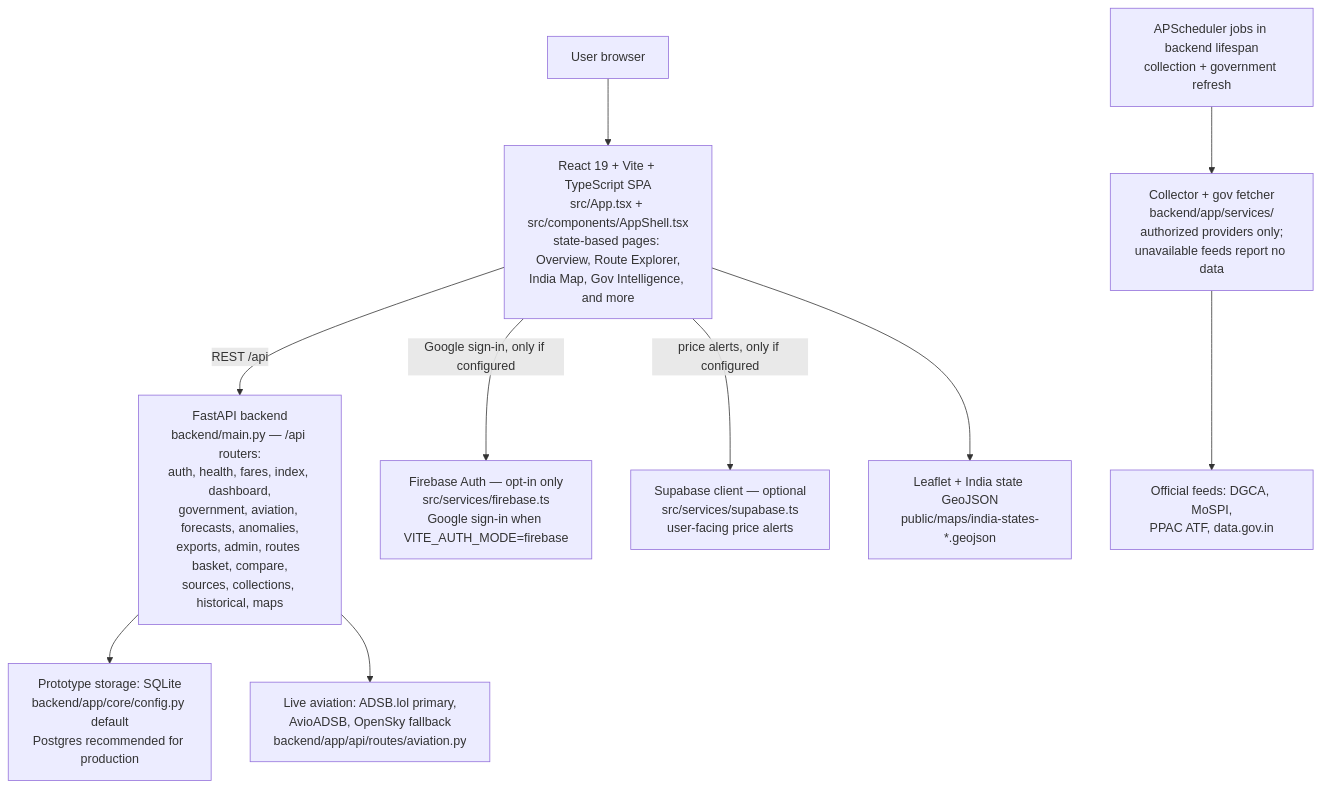
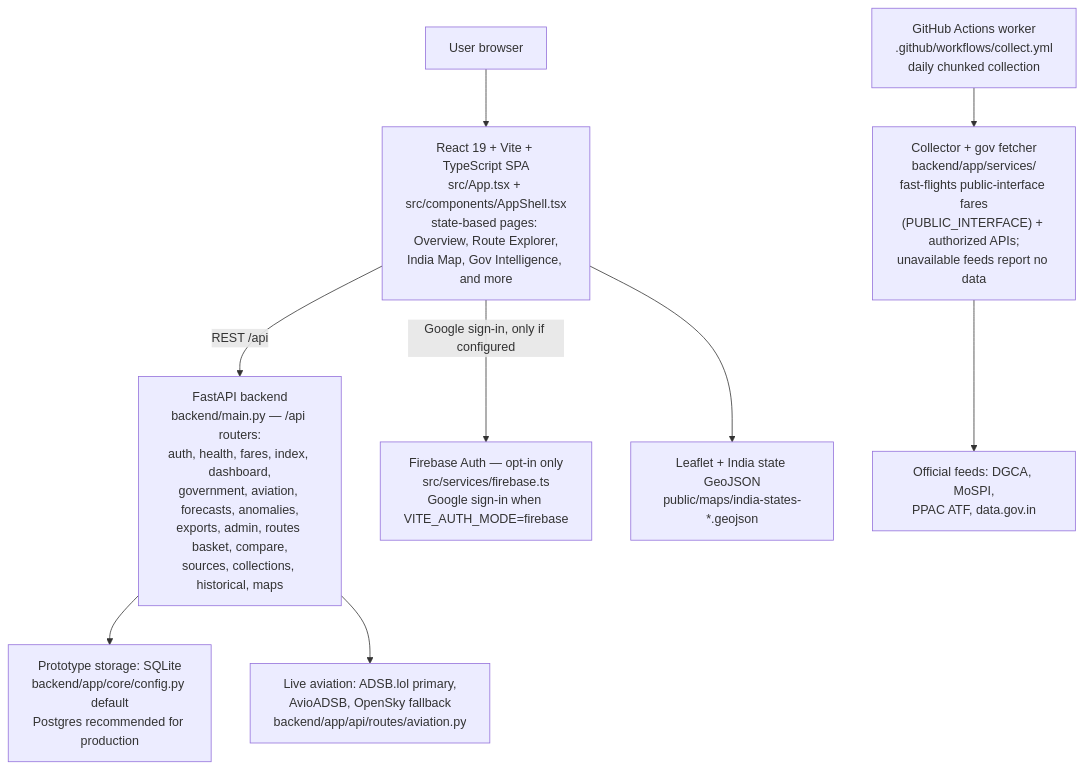
The diagram in README.md (Thunderdoc/Aero-Price-Production), drawn with Mermaid before and after one commit. The commit also changed other lines of this file and 127 other files, not shown here.

Commit message:
AeroPrice audit fixes (2026-11-21): fail-closed security, live data path with Actions worker, single sign-in + evaluator demo, honest live-status UI, SIH readiness

````diff
--- a/README.md
+++ b/README.md
@@ -90,24 +99,22 @@
 ```mermaid
 flowchart TD
     Browser["User browser"]
     SPA["React 19 + Vite + TypeScript SPA<br/>src/App.tsx + src/components/AppShell.tsx<br/>state-based pages: Overview, Route Explorer,<br/>India Map, Gov Intelligence, and more"]
     API["FastAPI backend<br/>backend/main.py — /api routers:<br/>auth, health, fares, index, dashboard,<br/>government, aviation, forecasts, anomalies,<br/>exports, admin, routes basket, compare,<br/>sources, collections, historical, maps"]
     Firebase["Firebase Auth — opt-in only<br/>src/services/firebase.ts<br/>Google sign-in when VITE_AUTH_MODE=firebase"]
-    Supabase["Supabase client — optional<br/>src/services/supabase.ts<br/>user-facing price alerts"]
     DB["Prototype storage: SQLite<br/>backend/app/core/config.py default<br/>Postgres recommended for production"]
-    Scheduler["APScheduler jobs in backend lifespan<br/>collection + government refresh"]
-    Collector["Collector + gov fetcher<br/>backend/app/services/<br/>authorized providers only;<br/>unavailable feeds report no data"]
+    Scheduler["GitHub Actions worker<br/>.github/workflows/collect.yml<br/>daily chunked collection"]
+    Collector["Collector + gov fetcher<br/>backend/app/services/<br/>fast-flights public-interface fares<br/>(PUBLIC_INTERFACE) + authorized APIs;<br/>unavailable feeds report no data"]
     GovFeeds["Official feeds: DGCA, MoSPI,<br/>PPAC ATF, data.gov.in"]
     Aviation["Live aviation: ADSB.lol primary,<br/>AvioADSB, OpenSky fallback<br/>backend/app/api/routes/aviation.py"]
     Maps["Leaflet + India state GeoJSON<br/>public/maps/india-states-*.geojson"]
 
     Browser --> SPA
     SPA -->|"REST /api"| API
     SPA -->|"Google sign-in, only if configured"| Firebase
-    SPA -->|"price alerts, only if configured"| Supabase
     SPA --> Maps
     API --> DB
     Scheduler --> Collector
     Collector --> GovFeeds
     API --> Aviation
 ```
````
